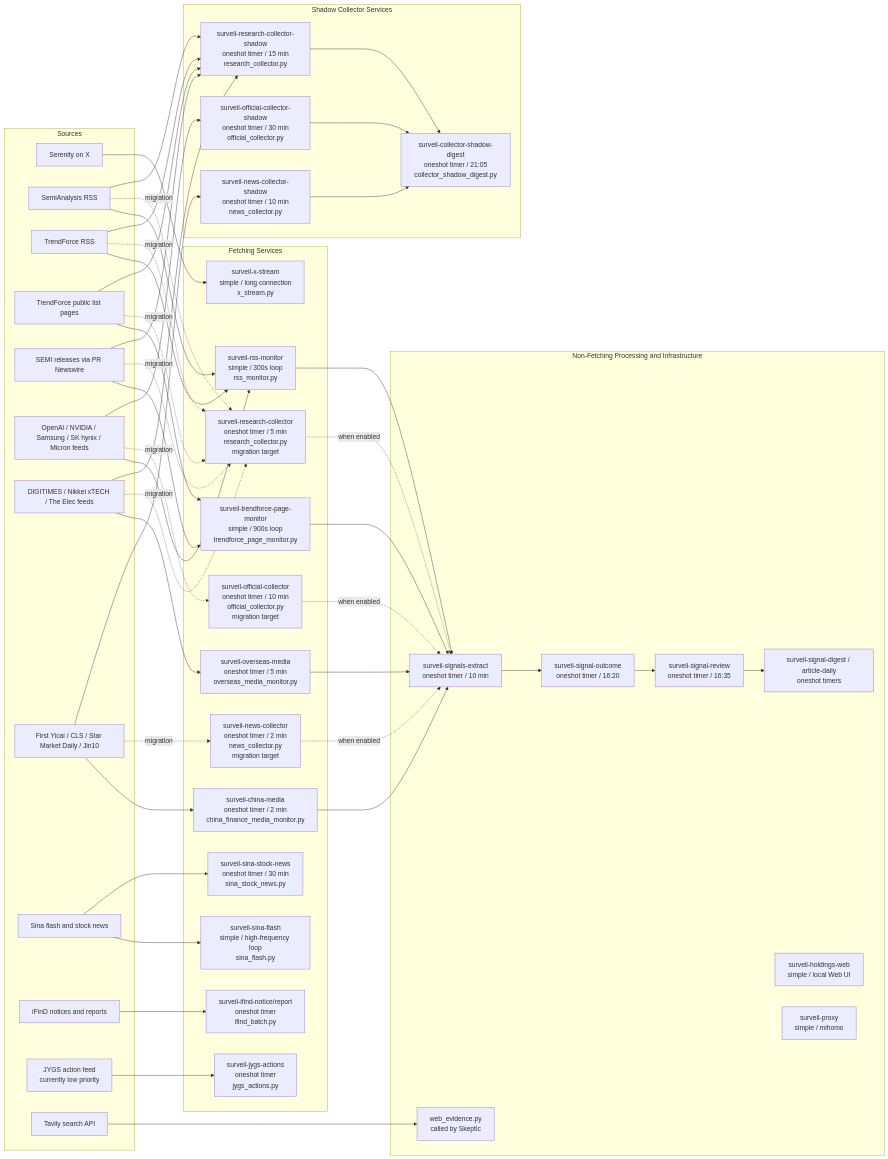
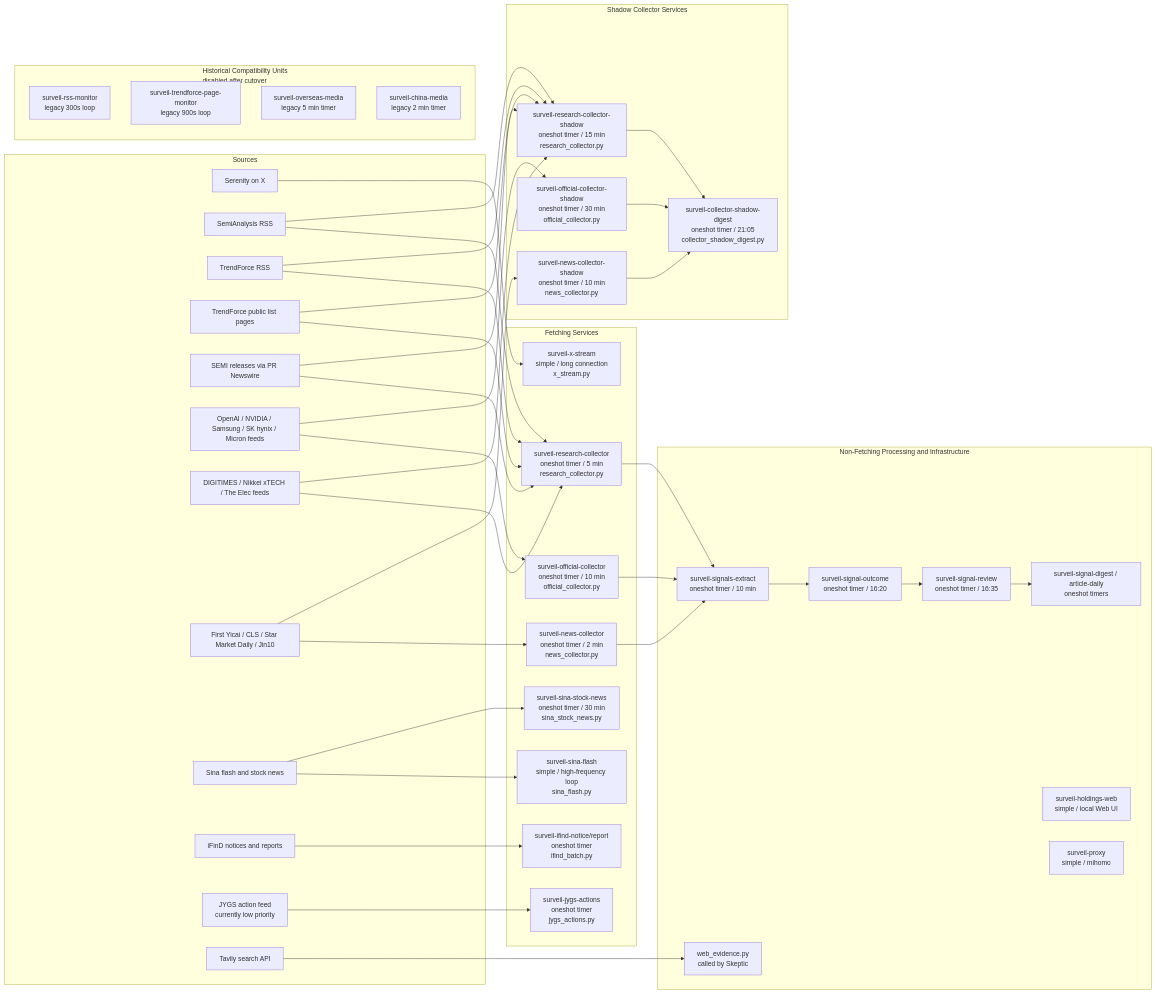
The second of 5 diagrams in docs/architecture-flow.md (Stayfoool/MarketPulseWire), drawn with Mermaid before and after one commit. The commit also changed other lines of this file and 5 other files, not shown here.

```diff
--- a/docs/architecture-flow.md
+++ b/docs/architecture-flow.md
@@ -128,17 +124,20 @@
 
     subgraph FetchingServices["Fetching Services"]
         XSvc["surveil-x-stream<br/>simple / long connection<br/>x_stream.py"]
-        RSSSvc["surveil-rss-monitor<br/>simple / 300s loop<br/>rss_monitor.py"]
-        TrendSvc["surveil-trendforce-page-monitor<br/>simple / 900s loop<br/>trendforce_page_monitor.py"]
-        OverseasSvc["surveil-overseas-media<br/>oneshot timer / 5 min<br/>overseas_media_monitor.py"]
-        ChinaSvc["surveil-china-media<br/>oneshot timer / 2 min<br/>china_finance_media_monitor.py"]
+        ResearchProd["surveil-research-collector<br/>oneshot timer / 5 min<br/>research_collector.py"]
+        OfficialProd["surveil-official-collector<br/>oneshot timer / 10 min<br/>official_collector.py"]
+        NewsProd["surveil-news-collector<br/>oneshot timer / 2 min<br/>news_collector.py"]
         SinaFlashSvc["surveil-sina-flash<br/>simple / high-frequency loop<br/>sina_flash.py"]
         SinaStockSvc["surveil-sina-stock-news<br/>oneshot timer / 30 min<br/>sina_stock_news.py"]
         IfindSvc["surveil-ifind-notice/report<br/>oneshot timer<br/>ifind_batch.py"]
         JYGSSvc["surveil-jygs-actions<br/>oneshot timer<br/>jygs_actions.py"]
-        ResearchProd["surveil-research-collector<br/>oneshot timer / 5 min<br/>research_collector.py<br/>migration target"]
-        OfficialProd["surveil-official-collector<br/>oneshot timer / 10 min<br/>official_collector.py<br/>migration target"]
-        NewsProd["surveil-news-collector<br/>oneshot timer / 2 min<br/>news_collector.py<br/>migration target"]
+    end
+
+    subgraph LegacyServices["Historical Compatibility Units<br/>disabled after cutover"]
+        RSSSvc["surveil-rss-monitor<br/>legacy 300s loop"]
+        TrendSvc["surveil-trendforce-page-monitor<br/>legacy 900s loop"]
+        OverseasSvc["surveil-overseas-media<br/>legacy 5 min timer"]
+        ChinaSvc["surveil-china-media<br/>legacy 2 min timer"]
     end
 
     subgraph ShadowServices["Shadow Collector Services"]
@@ -159,39 +158,28 @@
     end
 
     Serenity --> XSvc
-    SemiAnalysis --> RSSSvc
-    SemiAnalysis -. migration .-> ResearchProd
+    SemiAnalysis --> ResearchProd
     SemiAnalysis --> ResearchShadow
-    TrendRSS --> RSSSvc
-    TrendRSS -. migration .-> ResearchProd
+    TrendRSS --> ResearchProd
     TrendRSS --> ResearchShadow
-    CompanyFeeds --> RSSSvc
-    CompanyFeeds -. migration .-> OfficialProd
+    CompanyFeeds --> OfficialProd
     CompanyFeeds --> OfficialShadow
-    TrendPages --> TrendSvc
-    TrendPages -. migration .-> ResearchProd
+    TrendPages --> ResearchProd
     TrendPages --> ResearchShadow
-    SemiPR --> TrendSvc
-    SemiPR -. migration .-> ResearchProd
+    SemiPR --> ResearchProd
     SemiPR --> ResearchShadow
-    OverseasFeeds --> OverseasSvc
-    OverseasFeeds -. migration .-> ResearchProd
+    OverseasFeeds --> ResearchProd
     OverseasFeeds --> ResearchShadow
-    Domestic --> ChinaSvc
-    Domestic -. migration .-> NewsProd
+    Domestic --> NewsProd
     Domestic --> NewsShadow
     Sina --> SinaFlashSvc
     Sina --> SinaStockSvc
     IfindSource --> IfindSvc
     JYGSSource --> JYGSSvc
     EvidenceAPI --> EvidenceMod
-    RSSSvc --> SignalExtractSvc
-    TrendSvc --> SignalExtractSvc
-    OverseasSvc --> SignalExtractSvc
-    ResearchProd -. when enabled .-> SignalExtractSvc
-    OfficialProd -. when enabled .-> SignalExtractSvc
-    ChinaSvc --> SignalExtractSvc
-    NewsProd -. when enabled .-> SignalExtractSvc
+    ResearchProd --> SignalExtractSvc
+    OfficialProd --> SignalExtractSvc
+    NewsProd --> SignalExtractSvc
     ResearchShadow --> ShadowDigest
     OfficialShadow --> ShadowDigest
     NewsShadow --> ShadowDigest
```
